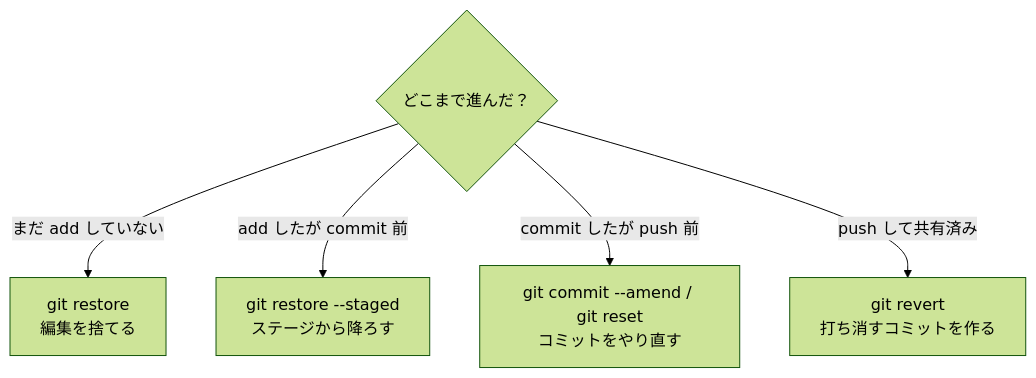
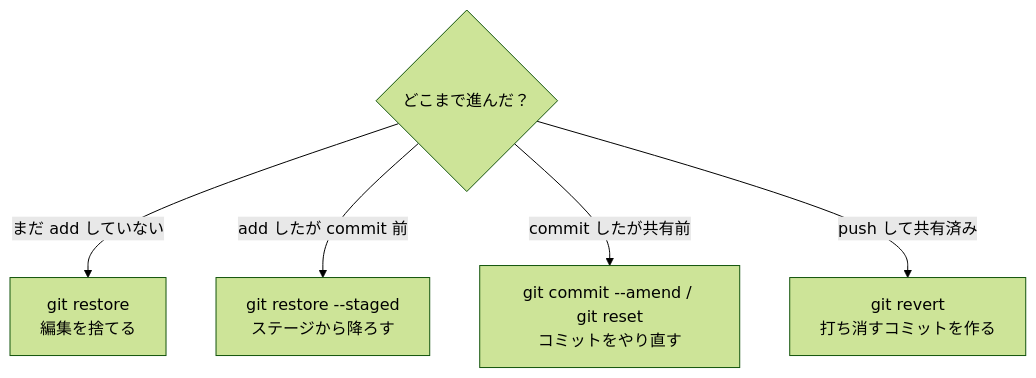
Before and after one commit to kwaka1208/zenn: the first of 2 diagrams in books/git-github-tutorial/06_undo.md, drawn with Mermaid (forest theme). The commit also changed other lines of this file and 17 other files, not shown here.

````diff
--- a/books/git-github-tutorial/06_undo.md
+++ b/books/git-github-tutorial/06_undo.md
@@ -18,8 +18,8 @@
 ```mermaid
 flowchart TD
     Q{"どこまで進んだ？"}
     Q -- "まだ add していない" --> A["git restore<br/>編集を捨てる"]
     Q -- "add したが commit 前" --> B["git restore --staged<br/>ステージから降ろす"]
-    Q -- "commit したが push 前" --> C["git commit --amend / git reset<br/>コミットをやり直す"]
+    Q -- "commit したが共有前" --> C["git commit --amend / git reset<br/>コミットをやり直す"]
     Q -- "push して共有済み" --> D["git revert<br/>打ち消すコミットを作る"]
 ```
````
